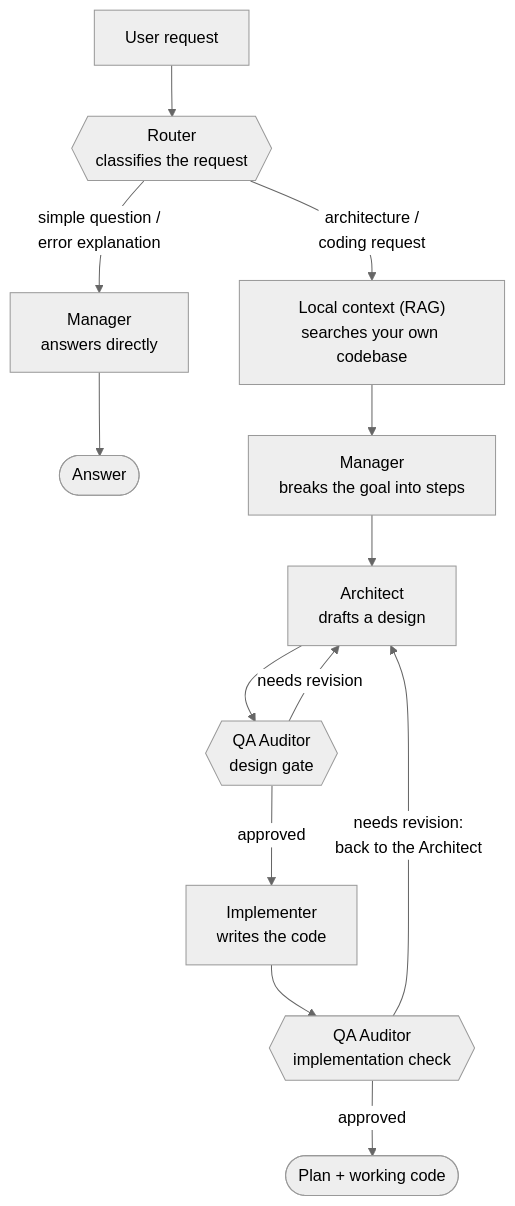
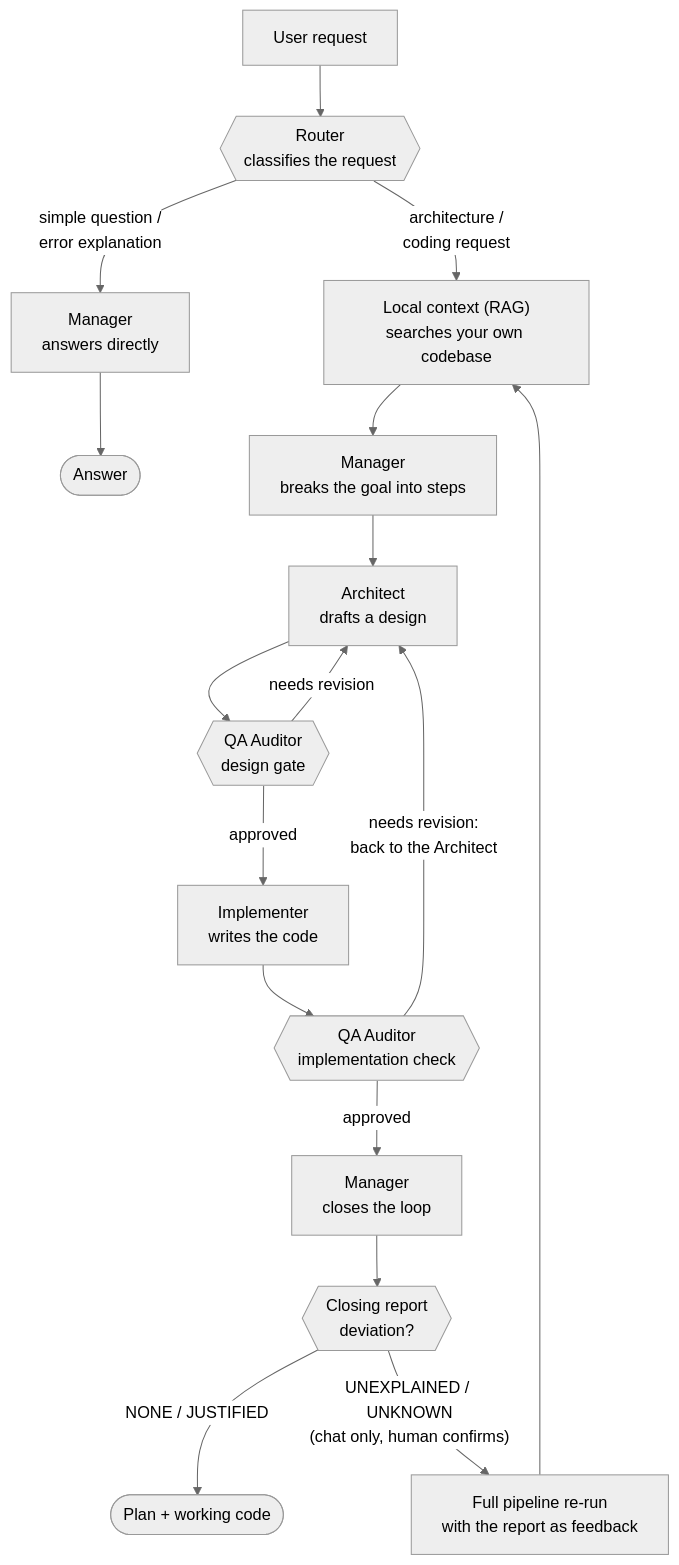
Before and after one commit to krukmat/LocalDevEngine: the diagram in README.md, drawn with Mermaid (neutral theme). The commit also changed other lines of this file and 7 other files, not shown here.

````diff
--- a/README.md
+++ b/README.md
@@ -13,19 +13,24 @@
 ```mermaid
 flowchart TD
     U["User request"] --> R{{"Router\nclassifies the request"}}
 
     R -->|"simple question /\nerror explanation"| FASTM["Manager\nanswers directly"]
     FASTM --> FASTOUT(["Answer"])
 
     R -->|"architecture /\ncoding request"| RAG["Local context (RAG)\nsearches your own codebase"]
     RAG --> MG["Manager\nbreaks the goal into steps"]
     MG --> AR["Architect\ndrafts a design"]
 
     AR --> QA1{{"QA Auditor\ndesign gate"}}
     QA1 -->|"needs revision"| AR
     QA1 -->|"approved"| IM["Implementer\nwrites the code"]
 
     IM --> QA2{{"QA Auditor\nimplementation check"}}
     QA2 -->|"needs revision:\nback to the Architect"| AR
-    QA2 -->|"approved"| OUT(["Plan + working code"])
+    QA2 -->|"approved"| CR["Manager\ncloses the loop"]
+
+    CR --> DEV{{"Closing report\ndeviation?"}}
+    DEV -->|"NONE / JUSTIFIED"| OUT(["Plan + working code"])
+    DEV -->|"UNEXPLAINED / UNKNOWN\n(chat only, human confirms)"| RERUN["Full pipeline re-run\nwith the report as feedback"]
+    RERUN --> RAG
 ```
````
